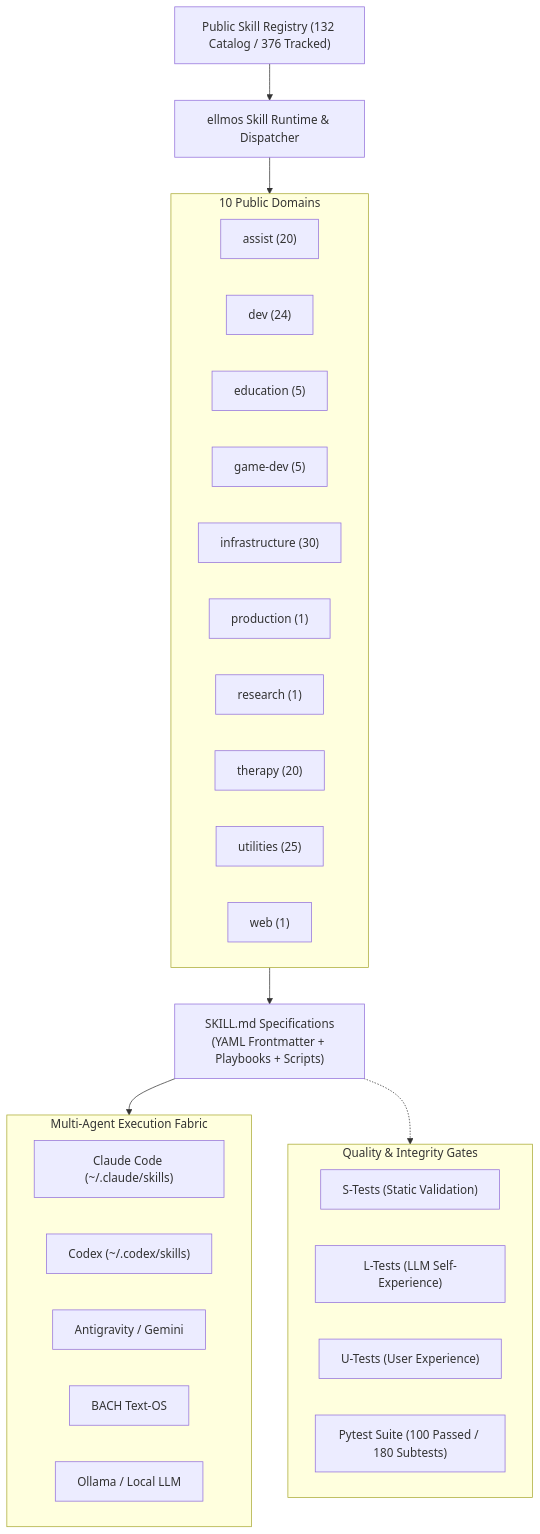
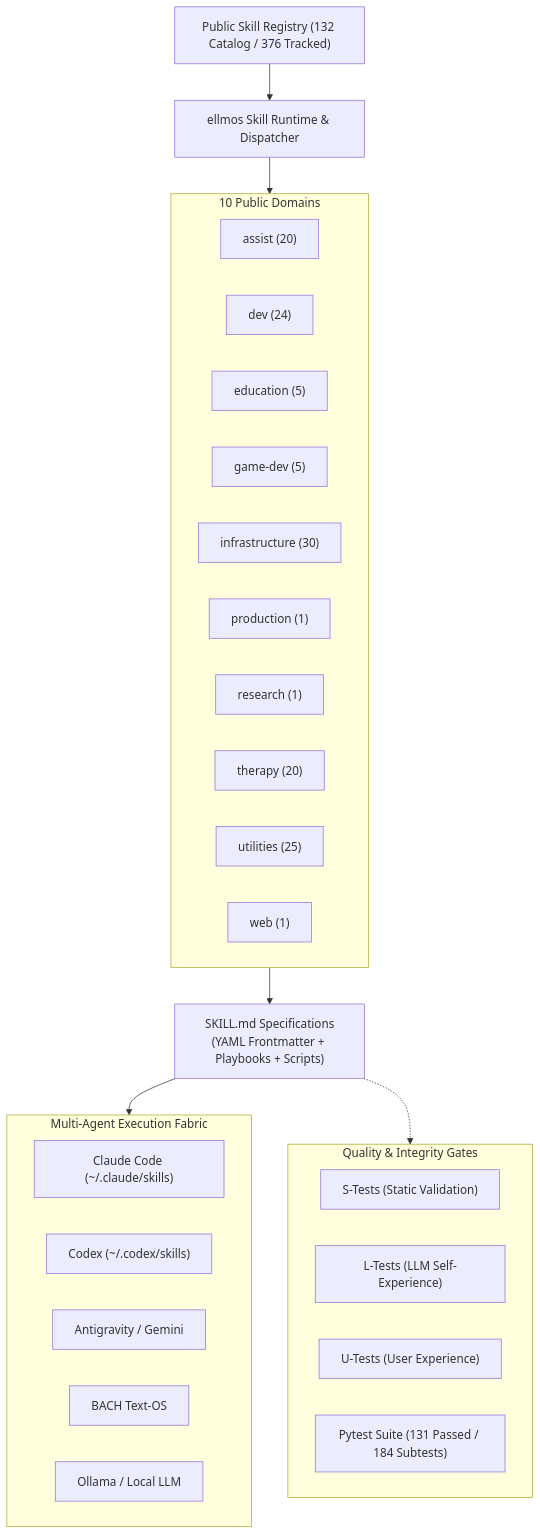
Before and after one commit to ellmos-ai/skills: the first of 2 diagrams in README.md, drawn with Mermaid. The commit also changed other lines of this file and 7 other files, not shown here.

````diff
--- a/README.md
+++ b/README.md
@@ -42,39 +45,39 @@
 ```mermaid
 flowchart TD
     Registry["Public Skill Registry (132 Catalog / 376 Tracked)"] --> Engine["ellmos Skill Runtime & Dispatcher"]
     
     subgraph Catalog ["10 Public Domains"]
         Assist["assist (20)"]
         Dev["dev (24)"]
         Edu["education (5)"]
         Game["game-dev (5)"]
         Infra["infrastructure (30)"]
         Prod["production (1)"]
         Res["research (1)"]
         Therapy["therapy (20)"]
         Utils["utilities (25)"]
         Web["web (1)"]
     end
     
     Engine --> Catalog
     Catalog --> Artifacts["SKILL.md Specifications\n(YAML Frontmatter + Playbooks + Scripts)"]
     
     subgraph MultiAgentRuntimes ["Multi-Agent Execution Fabric"]
         ClaudeCode["Claude Code (~/.claude/skills)"]
         Codex["Codex (~/.codex/skills)"]
         AGY["Antigravity / Gemini"]
         BACH["BACH Text-OS"]
         LocalOllama["Ollama / Local LLM"]
     end
     
     Artifacts --> MultiAgentRuntimes
     
     subgraph QualityGates ["Quality & Integrity Gates"]
         STests["S-Tests (Static Validation)"]
         LTests["L-Tests (LLM Self-Experience)"]
         UTests["U-Tests (User Experience)"]
-        PytestSuite["Pytest Suite (100 Passed / 180 Subtests)"]
+        PytestSuite["Pytest Suite (131 Passed / 184 Subtests)"]
     end
     
     Artifacts -.-> QualityGates
 ```
````
